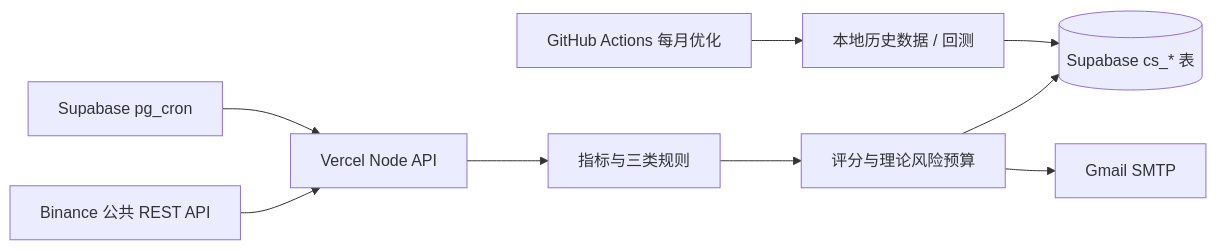
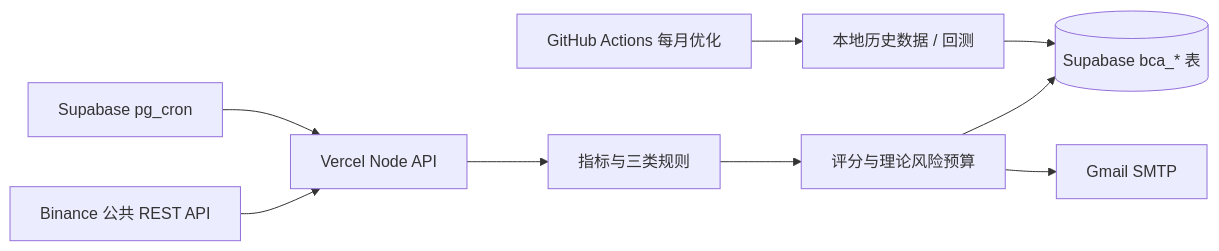
One commit to SengC-it/Binance-Crypto-Alerts changed the diagram in README.md. Above: the diagram before and after it, drawn with Mermaid. The commit also changed other lines of this file and 13 other files, not shown here.

````diff
--- a/README.md
+++ b/README.md
@@ -20,11 +20,11 @@
 ```mermaid
 flowchart LR
   C[Binance 公共 REST API] --> V[Vercel Node API]
   S[Supabase pg_cron] --> V
   V --> I[指标与三类规则]
   I --> R[评分与理论风险预算]
-  R --> D[(Supabase cs_* 表)]
+  R --> D[(Supabase bca_* 表)]
   R --> G[Gmail SMTP]
   H[GitHub Actions 每月优化] --> O[本地历史数据 / 回测]
   O --> D
 ```
````
